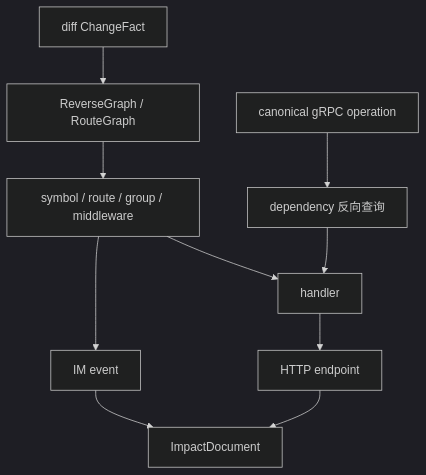
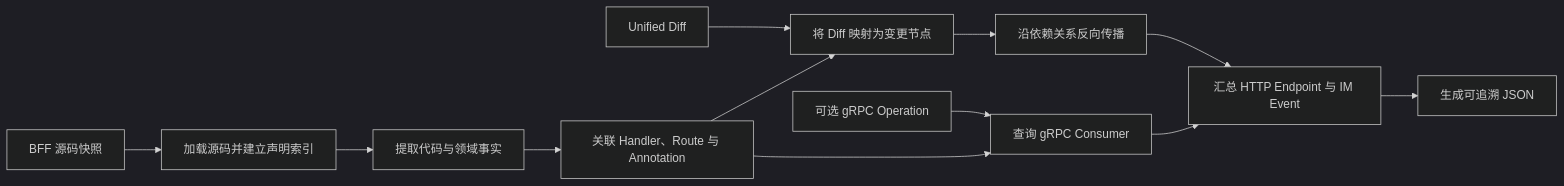
The first of 4 diagrams in TECH-DESIGN-impact-analysis.md (Flying-Bird1999/go-analyzer), drawn with Mermaid (dark theme) before and after one commit. The commit also changed other lines of this file, not shown here.

First line of the commit message:
docs: 更新 Go BFF 影响范围分析技术方案文档

````diff
--- a/TECH-DESIGN-impact-analysis.md
+++ b/TECH-DESIGN-impact-analysis.md
@@ -459,14 +208,23 @@
 ```mermaid
-flowchart TB
-    D["diff ChangeFact"] --> R["ReverseGraph / RouteGraph"]
-    G["canonical gRPC operation"] --> Q["dependency 反向查询"]
+flowchart LR
+    SOURCE["BFF 源码快照"]
+    DIFF["Unified Diff"]
+    GRPC["可选 gRPC Operation"]
 
-    R --> S["symbol / route / group / middleware"]
-    S --> H["handler"]
-    H --> E["HTTP endpoint"]
-    S --> I["IM event"]
+    LOAD["加载源码并建立声明索引"]
+    EXTRACT["提取代码与领域事实"]
+    LINK["关联 Handler、Route 与 Annotation"]
+    CHANGE["将 Diff 映射为变更节点"]
+    PROPAGATE["沿依赖关系反向传播"]
+    QUERY["查询 gRPC Consumer"]
+    ENDPOINT["汇总 HTTP Endpoint 与 IM Event"]
+    OUTPUT["生成可追溯 JSON"]
 
-    Q --> H
-    E --> O["ImpactDocument"]
-    I --> O
+    SOURCE --> LOAD --> EXTRACT --> LINK
+    DIFF --> CHANGE
+    LINK --> CHANGE
+    CHANGE --> PROPAGATE --> ENDPOINT
+    GRPC --> QUERY
+    LINK --> QUERY --> ENDPOINT
+    ENDPOINT --> OUTPUT
 ```
````
